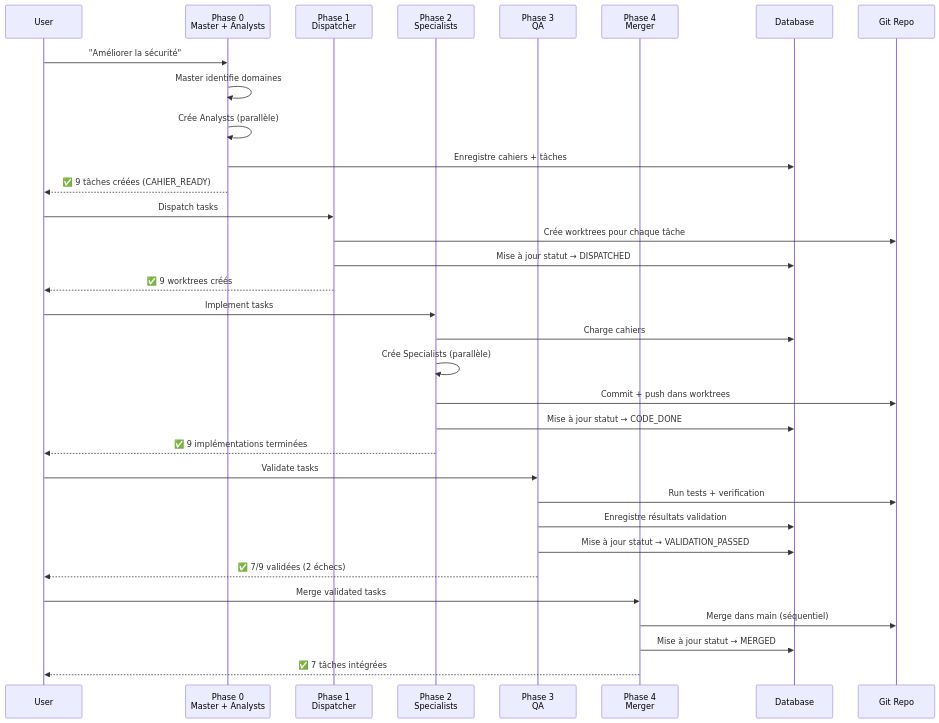
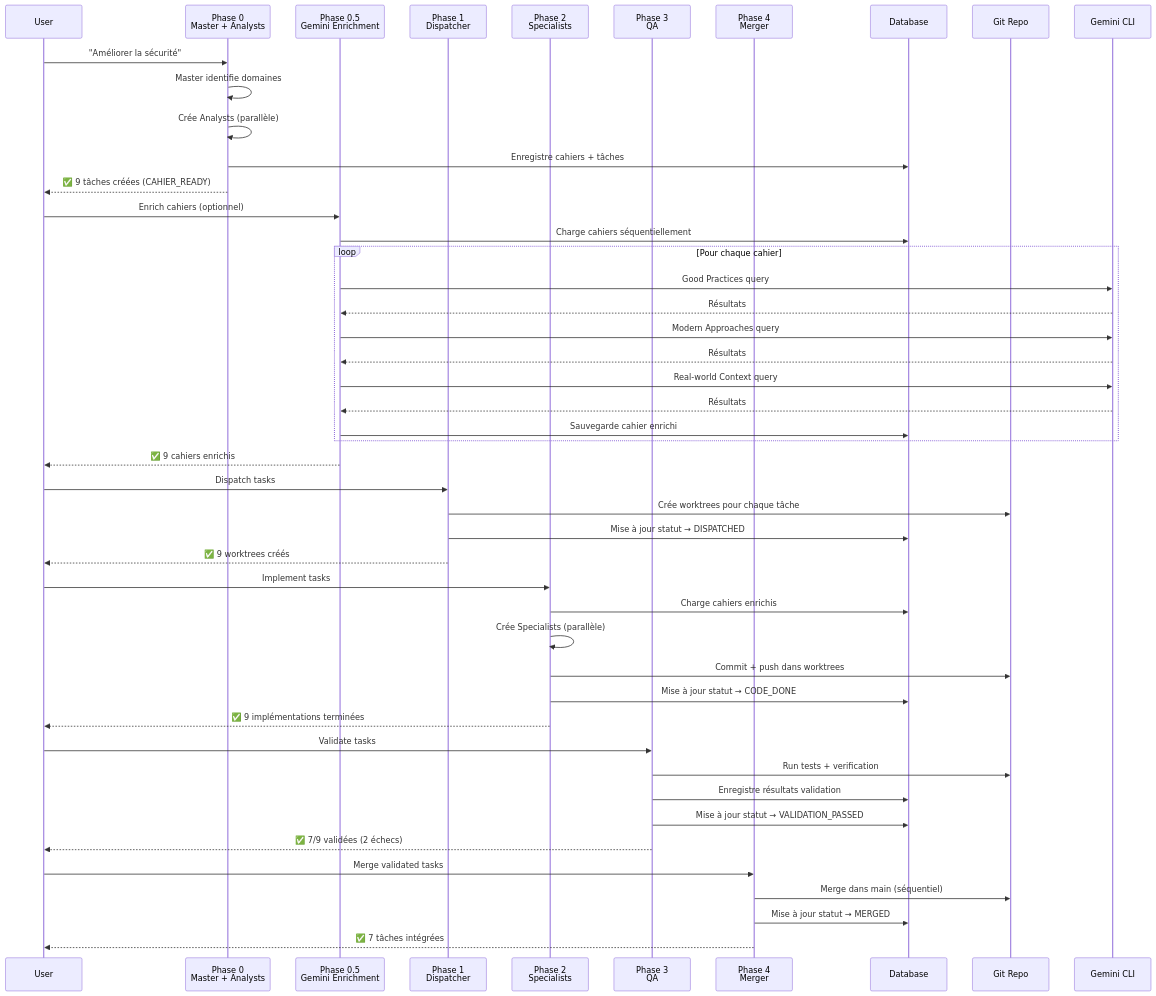
The third of 11 diagrams in README.md (Gotman08/Blueprint), drawn with Mermaid before and after one commit. The commit also changed other lines of this file and 1 other file, not shown here.

First line of the commit message:
feat: Add Phase 0.5 - Gemini Enrichment for cahiers des charges

````diff
--- a/README.md
+++ b/README.md
@@ -153,40 +156,55 @@
 ```mermaid
 sequenceDiagram
     participant User
     participant Phase0 as Phase 0<br/>Master + Analysts
+    participant Phase05 as Phase 0.5<br/>Gemini Enrichment
     participant Phase1 as Phase 1<br/>Dispatcher
     participant Phase2 as Phase 2<br/>Specialists
     participant Phase3 as Phase 3<br/>QA
     participant Phase4 as Phase 4<br/>Merger
     participant DB as Database
     participant Git as Git Repo
+    participant Gemini as Gemini CLI
 
     User->>Phase0: "Améliorer la sécurité"
     Phase0->>Phase0: Master identifie domaines
     Phase0->>Phase0: Crée Analysts (parallèle)
     Phase0->>DB: Enregistre cahiers + tâches
     Phase0-->>User: ✅ 9 tâches créées (CAHIER_READY)
 
+    User->>Phase05: Enrich cahiers (optionnel)
+    Phase05->>DB: Charge cahiers séquentiellement
+    loop Pour chaque cahier
+        Phase05->>Gemini: Good Practices query
+        Gemini-->>Phase05: Résultats
+        Phase05->>Gemini: Modern Approaches query
+        Gemini-->>Phase05: Résultats
+        Phase05->>Gemini: Real-world Context query
+        Gemini-->>Phase05: Résultats
+        Phase05->>DB: Sauvegarde cahier enrichi
+    end
+    Phase05-->>User: ✅ 9 cahiers enrichis
+
     User->>Phase1: Dispatch tasks
     Phase1->>Git: Crée worktrees pour chaque tâche
     Phase1->>DB: Mise à jour statut → DISPATCHED
     Phase1-->>User: ✅ 9 worktrees créés
 
     User->>Phase2: Implement tasks
-    Phase2->>DB: Charge cahiers
+    Phase2->>DB: Charge cahiers enrichis
     Phase2->>Phase2: Crée Specialists (parallèle)
     Phase2->>Git: Commit + push dans worktrees
     Phase2->>DB: Mise à jour statut → CODE_DONE
     Phase2-->>User: ✅ 9 implémentations terminées
 
     User->>Phase3: Validate tasks
     Phase3->>Git: Run tests + verification
     Phase3->>DB: Enregistre résultats validation
     Phase3->>DB: Mise à jour statut → VALIDATION_PASSED
     Phase3-->>User: ✅ 7/9 validées (2 échecs)
 
     User->>Phase4: Merge validated tasks
     Phase4->>Git: Merge dans main (séquentiel)
     Phase4->>DB: Mise à jour statut → MERGED
     Phase4-->>User: ✅ 7 tâches intégrées
 ```
````
